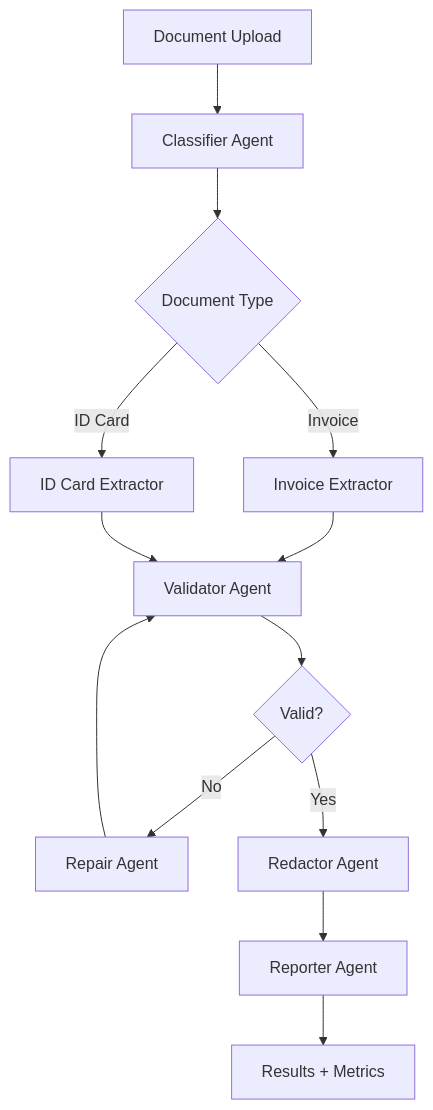
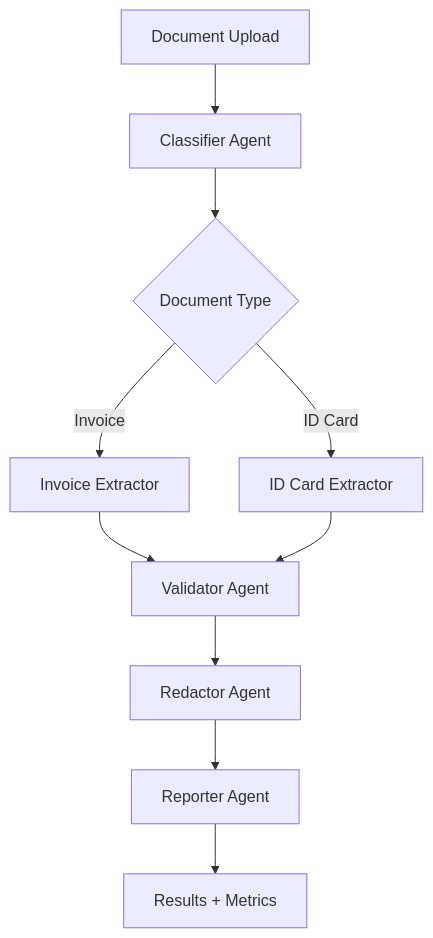
The diagram in README.md (sushantmutta/newdocprocessor), drawn with Mermaid before and after one commit. The commit also changed other lines of this file and 3 other files, not shown here.

Commit message:
Remove repair agent and update documentation

````diff
--- a/README.md
+++ b/README.md
@@ -62,15 +62,12 @@
 ```mermaid
 graph TD
     A[Document Upload] --> B[Classifier Agent]
     B --> C{Document Type}
     C -->|Invoice| D[Invoice Extractor]
     C -->|ID Card| E[ID Card Extractor]
     D --> F[Validator Agent]
     E --> F
-    F --> G{Valid?}
-    G -->|No| H[Repair Agent]
-    H --> F
-    G -->|Yes| I[Redactor Agent]
-    I --> J[Reporter Agent]
-    J --> K[Results + Metrics]
+    F --> G[Redactor Agent]
+    G --> H[Reporter Agent]
+    H --> I[Results + Metrics]
 ```
````
